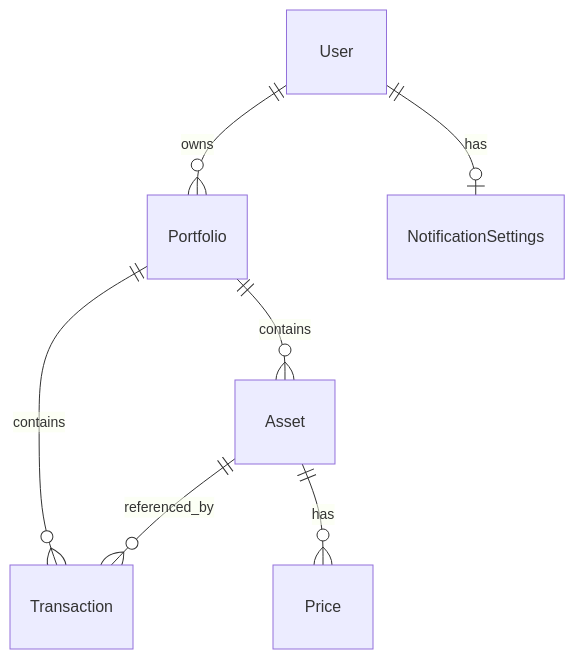
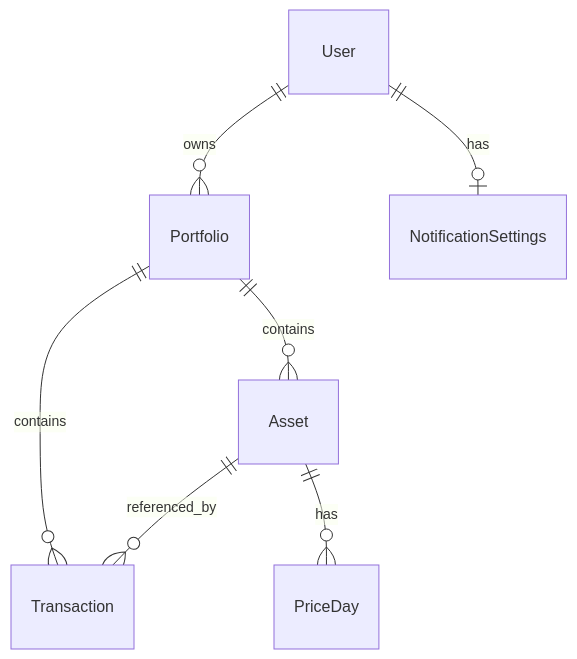
The diagram in .agent/project/info/domain_rules.md (tourbut/Alpha-Sam), drawn with Mermaid before and after one commit. The commit also changed other lines of this file and 1 other file, not shown here.

Commit message:
docs: define PriceDay entity and update architecture for daily price history

````diff
--- a/.agent/project/info/domain_rules.md
+++ b/.agent/project/info/domain_rules.md
@@ -161,9 +180,9 @@
 ```mermaid
 erDiagram
     User ||--o{ Portfolio : owns
     User ||--o| NotificationSettings : has
     Portfolio ||--o{ Asset : contains
     Portfolio ||--o{ Transaction : contains
     Asset ||--o{ Transaction : referenced_by
-    Asset ||--o{ Price : has
+    Asset ||--o{ PriceDay : has
 ```
````
